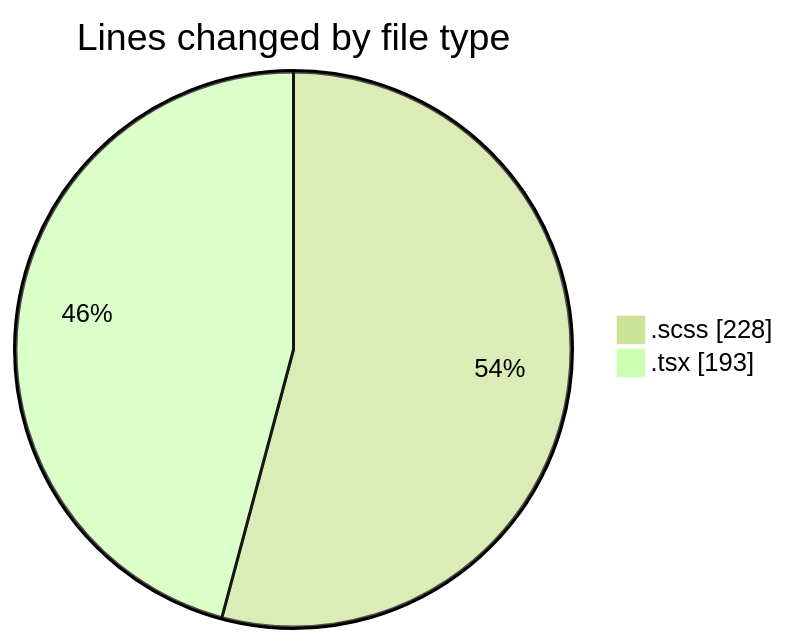
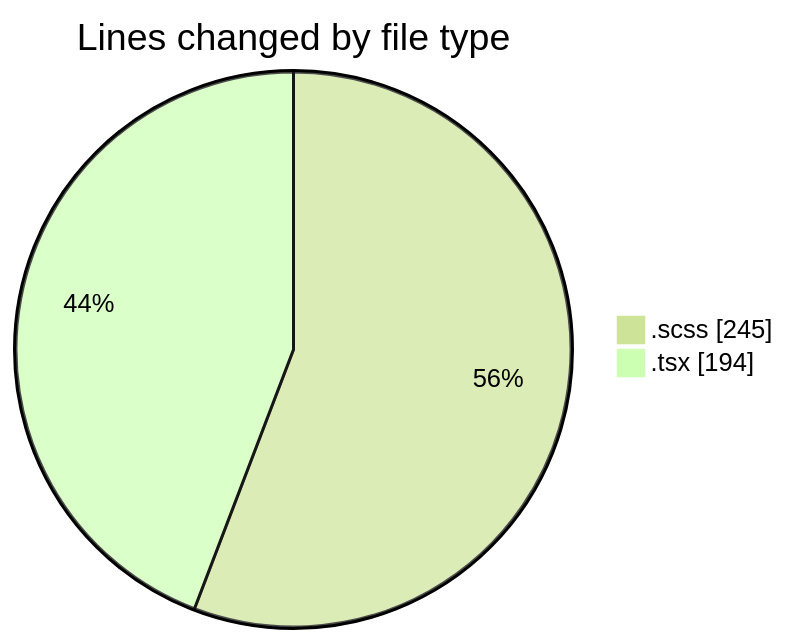
One commit to momahboobian/code-tracking changed the first of 2 diagrams in 2025-08-28/cda/README.md. Above: the diagram before and after it, drawn with Mermaid (forest theme). The commit also changed other lines of this file and 1 other file, not shown here.

````diff
--- a/2025-08-28/cda/README.md
+++ b/2025-08-28/cda/README.md
@@ -21,6 +21,6 @@
 ```mermaid
 pie showData
 title Lines changed by file type
-".scss" : 228
-".tsx" : 193
+".scss" : 245
+".tsx" : 194
 ```
````
